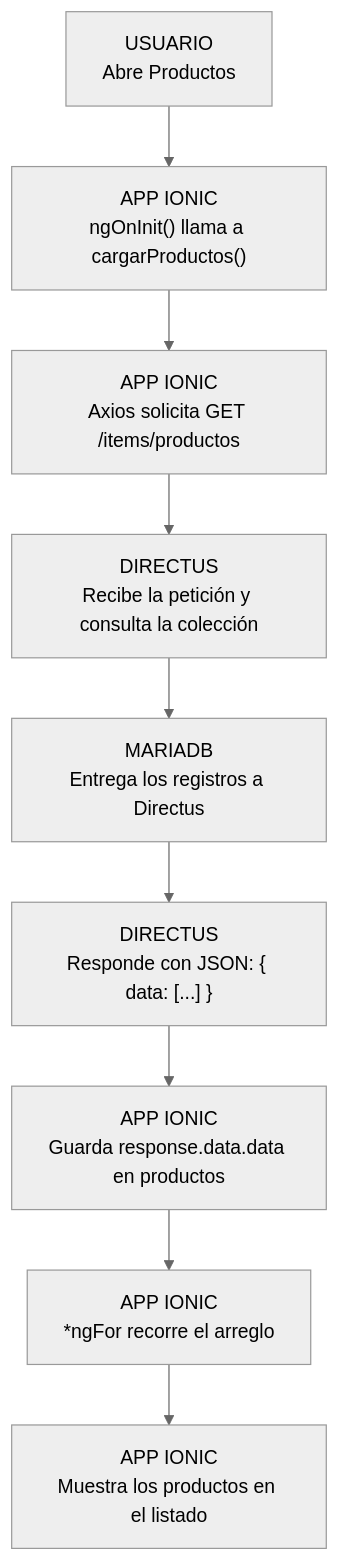
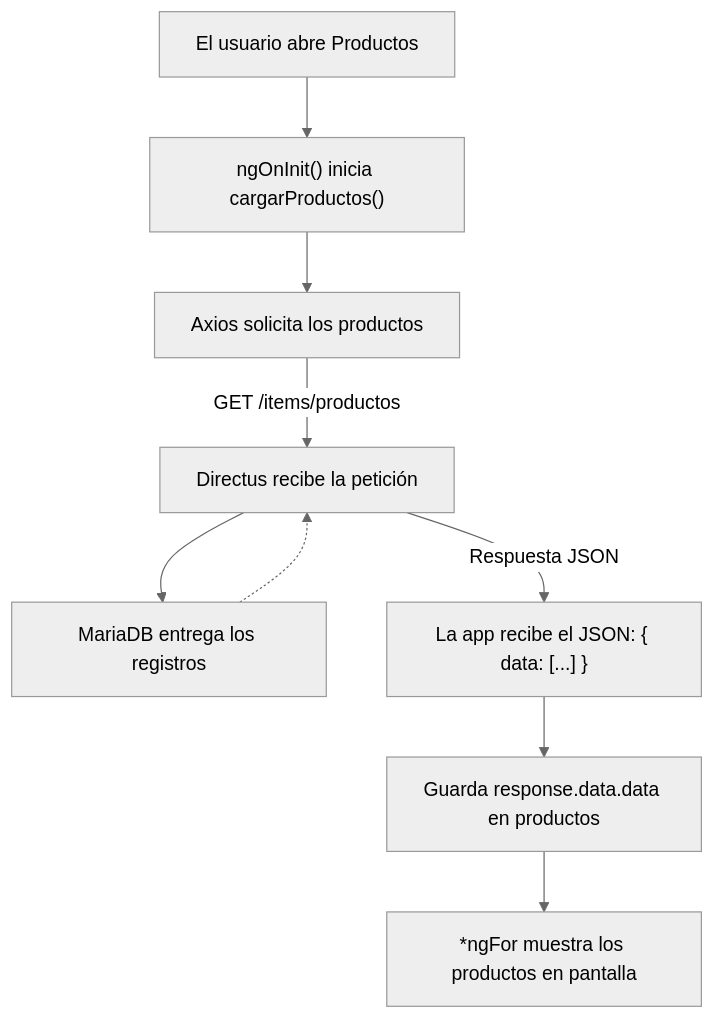
One commit to JonathanDeLaCruz/docker_moviles changed the diagram in docs/manuales/recursos/flujos/01-listado.mmd. Above: the diagram before and after it, drawn with Mermaid (neutral theme). The commit also changed 97 other files, not shown here.

Commit message:
Restaura diagramas con ramas y flujo descendente en los manuales

```diff
--- a/docs/manuales/recursos/flujos/01-listado.mmd
+++ b/docs/manuales/recursos/flujos/01-listado.mmd
@@ -1,18 +1,17 @@
 flowchart TD
-  N0["USUARIO<br/>Abre Productos"]
-  N1["APP IONIC<br/>ngOnInit() llama a cargarProductos()"]
-  N2["APP IONIC<br/>Axios solicita GET /items/productos"]
-  N3["DIRECTUS<br/>Recibe la petición y consulta la colección"]
-  N4["MARIADB<br/>Entrega los registros a Directus"]
-  N5["DIRECTUS<br/>Responde con JSON: { data: [...] }"]
-  N6["APP IONIC<br/>Guarda response.data.data en productos"]
-  N7["APP IONIC<br/>*ngFor recorre el arreglo"]
-  N8["APP IONIC<br/>Muestra los productos en el listado"]
-  N0 --> N1
-  N1 --> N2
-  N2 --> N3
-  N3 --> N4
-  N4 --> N5
-  N5 --> N6
-  N6 --> N7
-  N7 --> N8
+  A["El usuario abre Productos"]
+  B["ngOnInit() inicia cargarProductos()"]
+  C["Axios solicita los productos"]
+  D["Directus recibe la petición"]
+  DB["MariaDB entrega los registros"]
+  F["La app recibe el JSON: { data: [...] }"]
+  G["Guarda response.data.data en productos"]
+  H["*ngFor muestra los productos en pantalla"]
+  A --> B
+  B --> C
+  C -->|"GET /items/productos"| D
+  D --> DB
+  DB -.-> D
+  D -->|"Respuesta JSON"| F
+  F --> G
+  G --> H
```
